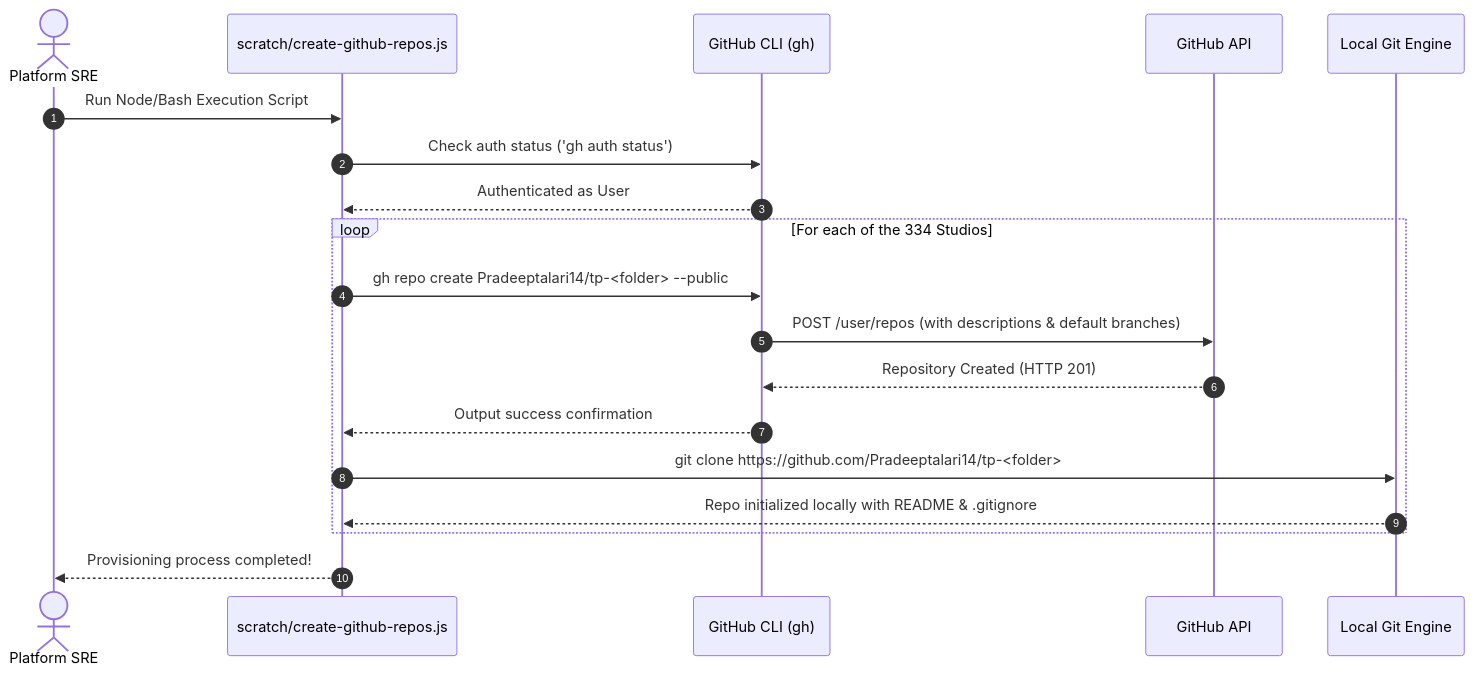
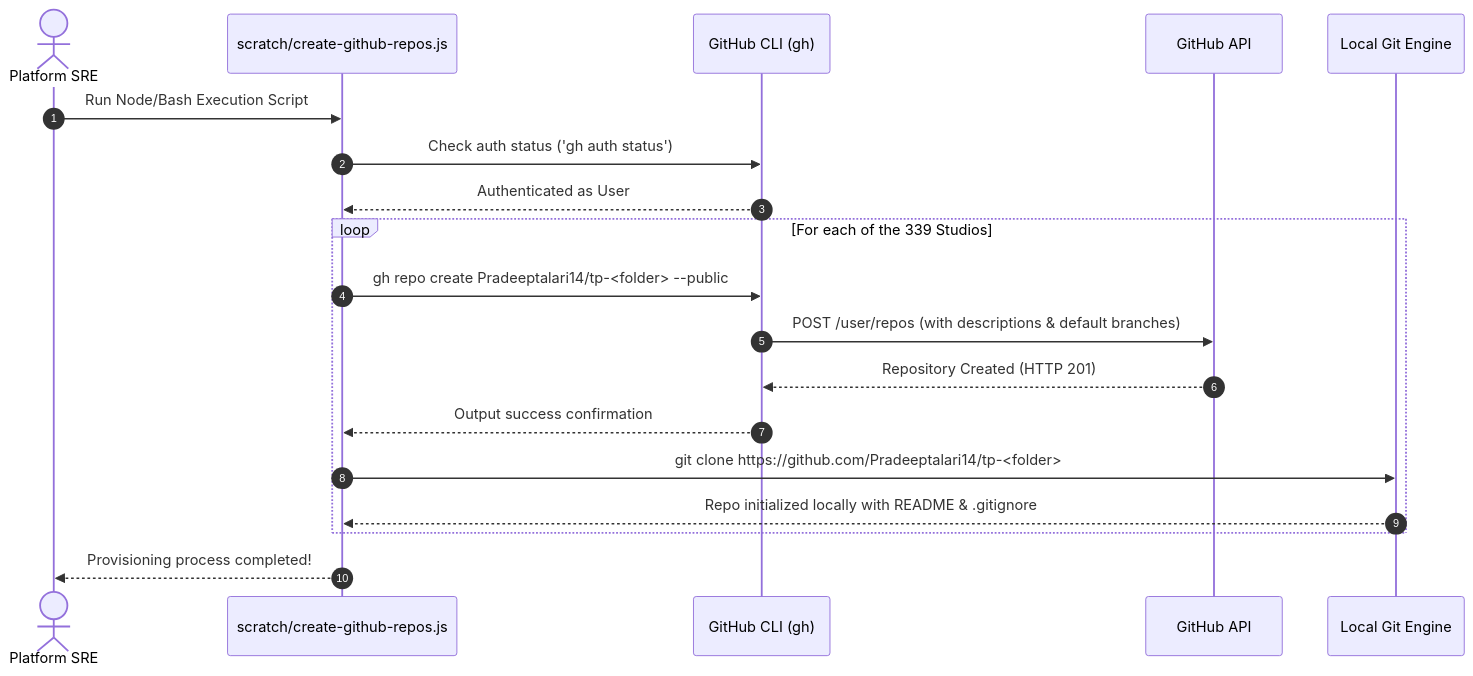
One commit to Pradeeptalari14/portfolio changed the first of 2 diagrams in GITHUB_PROVISIONING_GUIDE.md. Above: the diagram before and after it, drawn with Mermaid. The commit also changed other lines of this file and 67 other files, not shown here.

Commit message:
feat: add 5 next-gen DevSecOps studios, complete architecture flow diagrams, generators, test suites, and ecosystem parity (339 total)

````diff
--- a/GITHUB_PROVISIONING_GUIDE.md
+++ b/GITHUB_PROVISIONING_GUIDE.md
@@ -25,22 +25,22 @@
 ```mermaid
 sequenceDiagram
     autonumber
     actor Engineer as Platform SRE
     participant Script as scratch/create-github-repos.js
     participant gh as GitHub CLI (gh)
     participant API as GitHub API
     participant Git as Local Git Engine
 
     Engineer->>Script: Run Node/Bash Execution Script
     Script->>gh: Check auth status ('gh auth status')
     gh-->>Script: Authenticated as User
-    loop For each of the 334 Studios
+    loop For each of the 339 Studios
         Script->>gh: gh repo create Pradeeptalari14/tp-<folder> --public
         gh->>API: POST /user/repos (with descriptions & default branches)
         API-->>gh: Repository Created (HTTP 201)
         gh-->>Script: Output success confirmation
         Script->>Git: git clone https://github.com/Pradeeptalari14/tp-<folder>
         Git-->>Script: Repo initialized locally with README & .gitignore
     end
     Script-->>Engineer: Provisioning process completed!
 ```
````
